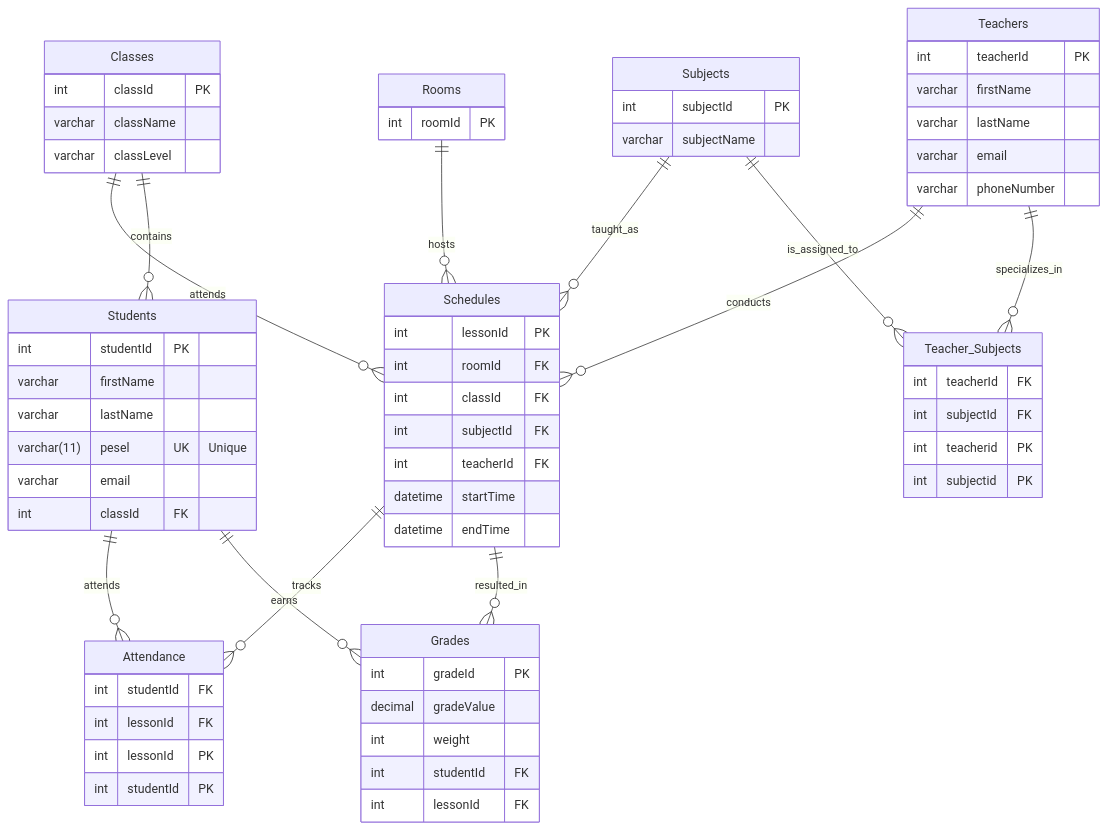
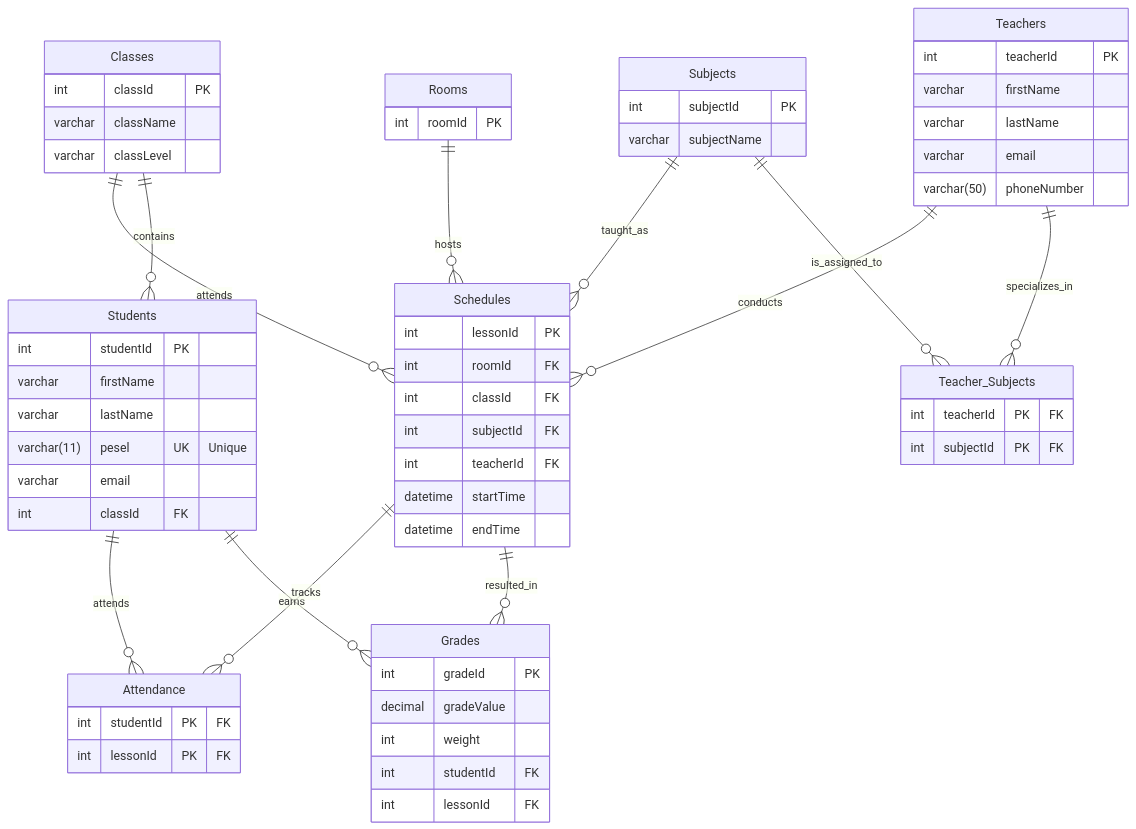
One commit to vert2kys/School-Database-Project changed the diagram in README.md. Above: the diagram before and after it, drawn with Mermaid.

Commit message:
README.md

```diff
--- a/README.md
+++ b/README.md
@@ -88,17 +88,14 @@
     Students ||--o{ Attendance : "attends"
 
     Teacher_Subjects {
-        int teacherId FK
-        int subjectId FK
-        int teacherid PK
-        int subjectid PK 
+        int teacherId PK "FK"
+        int subjectId PK "FK"
+      
     }
 
     Attendance {
-     int studentId FK
-        int lessonId FK
-        int lessonId PK
-        int studentId PK
+     int studentId PK "FK"
+        int lessonId PK "FK"
 }
 
 
@@ -125,7 +122,7 @@
         varchar firstName
         varchar lastName
         varchar email
-        varchar phoneNumber
+        varchar(50) phoneNumber
     }
 
     Subjects {
```
